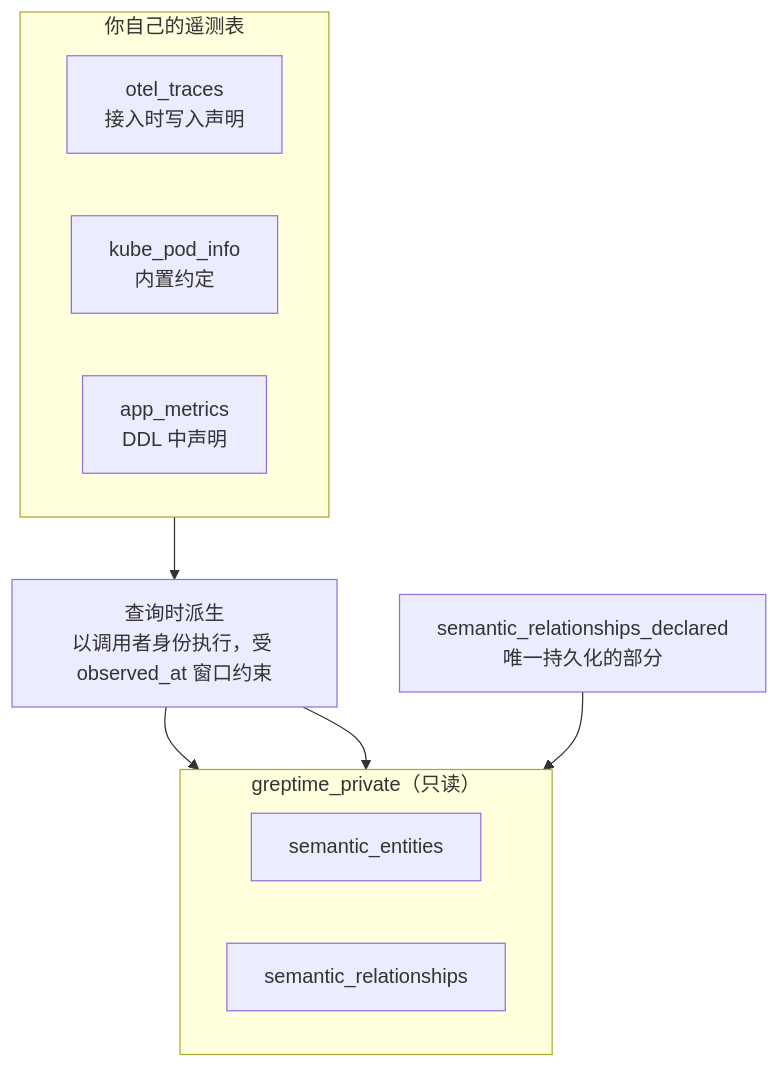
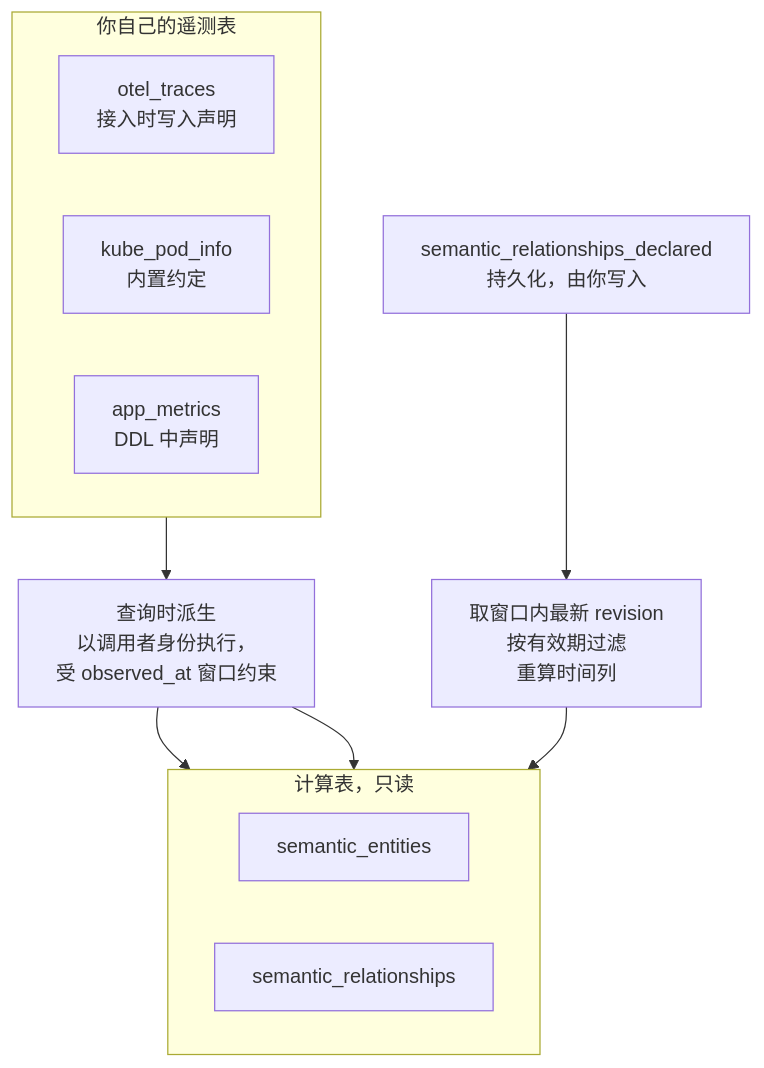
Before and after one commit to GreptimeTeam/docs: the diagram in i18n/zh/docusaurus-plugin-content-docs/current/user-guide/concepts/semantic-layer.md, drawn with Mermaid. The commit also changed 3 other files, not shown here.

First line of the commit message:
docs: correct and rebalance the semantic graph diagrams

````diff
--- a/i18n/zh/docusaurus-plugin-content-docs/current/user-guide/concepts/semantic-layer.md
+++ b/i18n/zh/docusaurus-plugin-content-docs/current/user-guide/concepts/semantic-layer.md
@@ -54,24 +54,25 @@
 ```mermaid
 flowchart TB
     subgraph SRC["你自己的遥测表"]
         direction LR
         T1["otel_traces<br/>接入时写入声明"]
         T2["kube_pod_info<br/>内置约定"]
         T3["app_metrics<br/>DDL 中声明"]
     end
 
-    DER["查询时派生<br/>以调用者身份执行，受 observed_at 窗口约束"]
+    DECL["semantic_relationships_declared<br/>持久化，由你写入"]
+    DER["查询时派生<br/>以调用者身份执行，<br/>受 observed_at 窗口约束"]
+    RES["取窗口内最新 revision<br/>按有效期过滤<br/>重算时间列"]
 
-    subgraph OUT["greptime_private（只读）"]
+    subgraph OUT["计算表，只读"]
         direction LR
         E["semantic_entities"]
         R["semantic_relationships"]
     end
 
-    DECL["semantic_relationships_declared<br/>唯一持久化的部分"]
-
     SRC --> DER
+    DECL --> RES
     DER --> E
     DER --> R
-    DECL --> R
+    RES --> R
 ```
````
